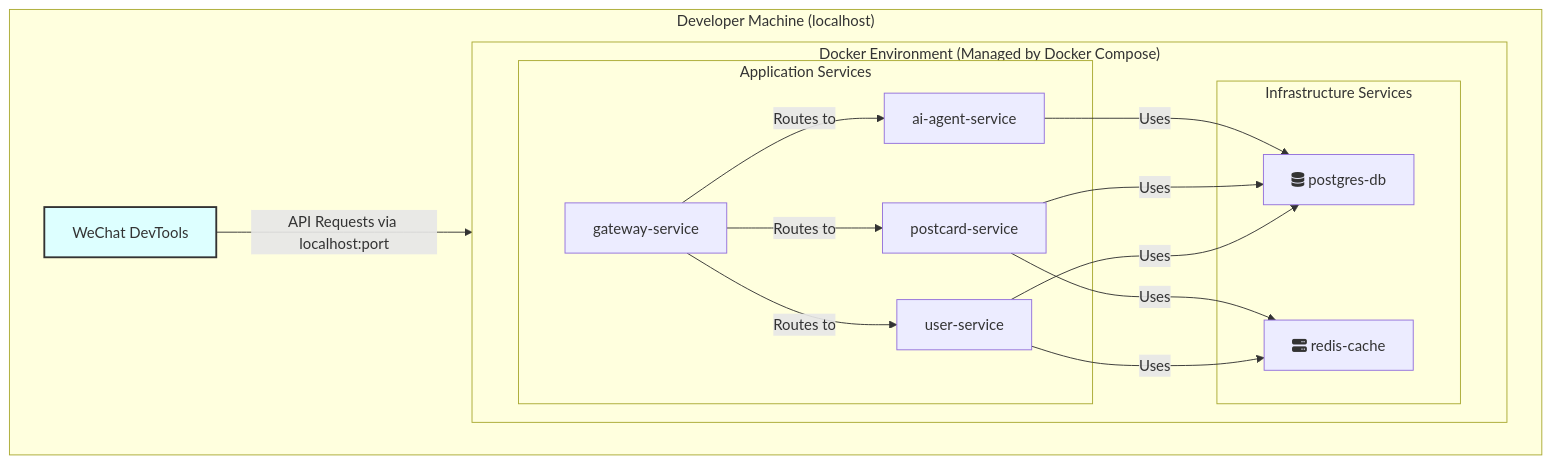
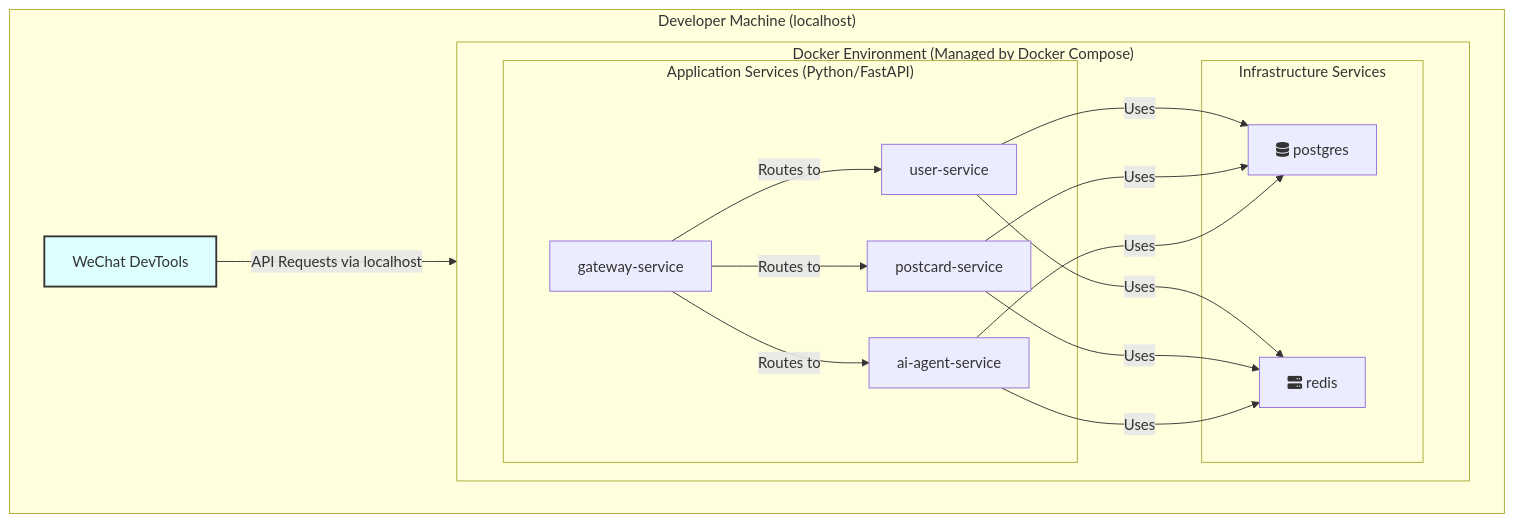
Before and after one commit to kobeee/ai-postcard: the diagram in docs/design/10-containerization-and-dev-environment.md, drawn with Mermaid. The commit also changed other lines of this file and 50 other files, not shown here.

````diff
--- a/docs/design/10-containerization-and-dev-environment.md
+++ b/docs/design/10-containerization-and-dev-environment.md
@@ -25,37 +25,29 @@
 ```mermaid
 graph TD
     subgraph "Developer Machine (localhost)"
         subgraph "Docker Environment (Managed by Docker Compose)"
             direction LR
             
-            subgraph "Application Services"
+            subgraph "Application Services (Python/FastAPI)"
                 A["gateway-service"]
                 U["user-service"]
                 P["postcard-service"]
                 AI["ai-agent-service"]
             end
             
             subgraph "Infrastructure Services"
-                DB["fa:fa-database postgres-db"]
-                Cache["fa:fa-server redis-cache"]
+                DB["fa:fa-database postgres"]
+                Cache["fa:fa-server redis"]
             end
 
-            A -- "Routes to" --> U
-            A -- "Routes to" --> P
-            A -- "Routes to" --> AI
-
-            U -- "Uses" --> DB
-            P -- "Uses" --> DB
-            AI -- "Uses" --> DB
-
-            U -- "Uses" --> Cache
-            P -- "Uses" --> Cache
+            A -- "Routes to" --> U & P & AI
+            U & P & AI -- "Uses" --> DB & Cache
         end
 
         W["WeChat DevTools"]
         
-        W -- "API Requests via localhost:port" --> A
+        W -- "API Requests via localhost" --> A
     end
 
     style W fill:#dff,stroke:#333,stroke-width:2px
 ```
````
